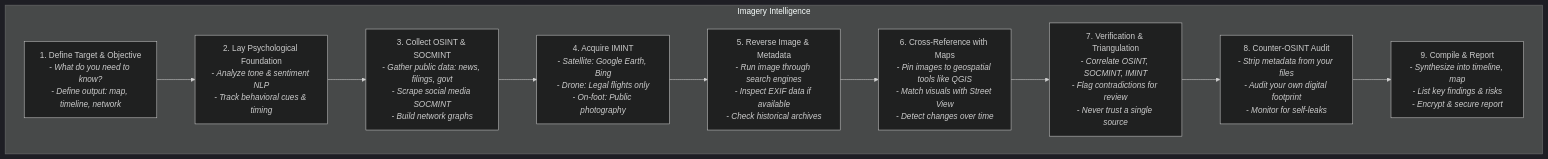
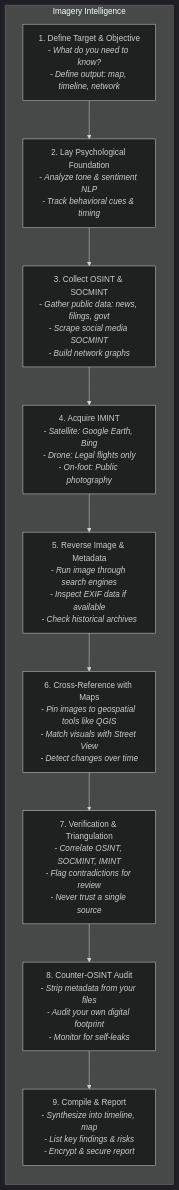
One commit to airborne-commando/OPSEC-OSINT-Tools changed the diagram in markdown/mermaid-data/Recon.md. Above: the diagram before and after it, drawn with Mermaid (dark theme).

Commit message:
added LR for Recon.md

````diff
--- a/markdown/mermaid-data/Recon.md
+++ b/markdown/mermaid-data/Recon.md
@@ -2,42 +2,42 @@
 ```mermaid
-flowchart TD
+flowchart LR
     A[1. Define Target & Objective<br/>- <i>What do you need to know?<br/>- Define output: map, timeline, network</i>]
     
     B[2. Lay Psychological Foundation<br/>- <i>Analyze tone & sentiment NLP<br/>- Track behavioral cues & timing</i>]
     
     C[3. Collect OSINT & SOCMINT<br/>- <i>Gather public data: news, filings, govt<br/>- Scrape social media SOCMINT<br/>- Build network graphs</i>]
     
     D[4. Acquire IMINT<br/>- <i>Satellite: Google Earth, Bing<br/>- Drone: Legal flights only<br/>- On-foot: Public photography</i>]
     
     E[5. Reverse Image & Metadata<br/>- <i>Run image through search engines<br/>- Inspect EXIF data if available<br/>- Check historical archives</i>]
     
     F[6. Cross-Reference with Maps<br/>- <i>Pin images to geospatial tools like QGIS<br/>- Match visuals with Street View<br/>- Detect changes over time</i>]
     
     G[7. Verification & Triangulation<br/>- <i>Correlate OSINT, SOCMINT, IMINT<br/>- Flag contradictions for review<br/>- Never trust a single source</i>]
     
     H[8. Counter-OSINT Audit<br/>- <i>Strip metadata from your files<br/>- Audit your own digital footprint<br/>- Monitor for self-leaks</i>]
     
     I[9. Compile & Report<br/>- <i>Synthesize into timeline, map<br/>- List key findings & risks<br/>- Encrypt & secure report</i>]
 
     A --> B
     B --> C
     C --> D
     D --> E
     E --> F
     F --> G
     G --> H
     H --> I
 
 
     subgraph "Imagery Intelligence"
         A
         B
         C
         D
         E
         F
         G
         H
         I
     end
 ```
````
